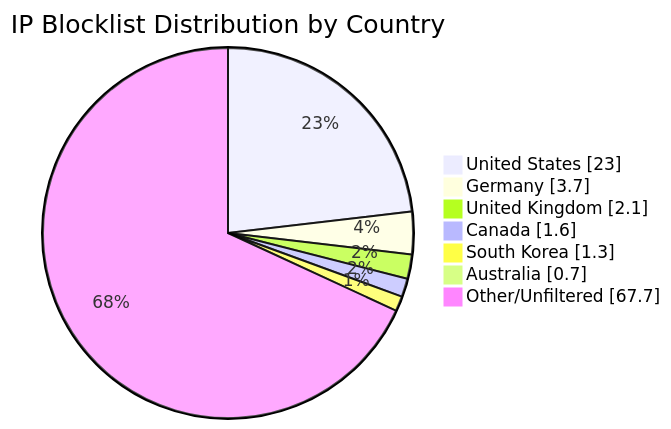
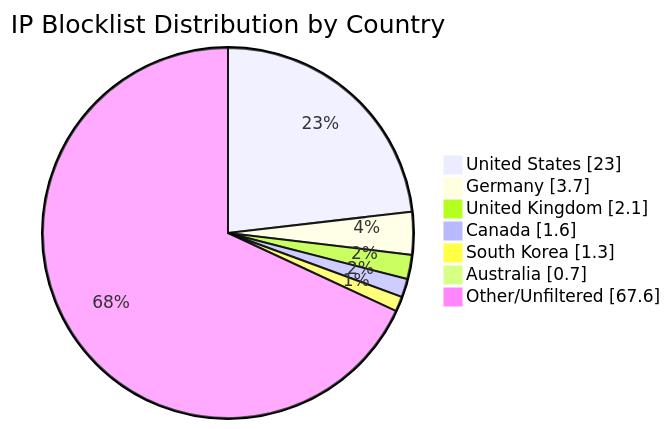
The diagram in README.md (MarcusHoltz/ipblocklist-geofiltered-aggregator), drawn with Mermaid before and after one commit. The commit also changed other lines of this file and 9 other files, not shown here.

````diff
--- a/README.md
+++ b/README.md
@@ -34,10 +34,10 @@
 ```mermaid
 pie showData title IP Blocklist Distribution by Country
 "United States" : 23.0
 "Germany" : 3.7
 "United Kingdom" : 2.1
 "Canada" : 1.6
 "South Korea" : 1.3
 "Australia" : 0.7
-"Other/Unfiltered" : 67.7
+"Other/Unfiltered" : 67.6
 ```
````
